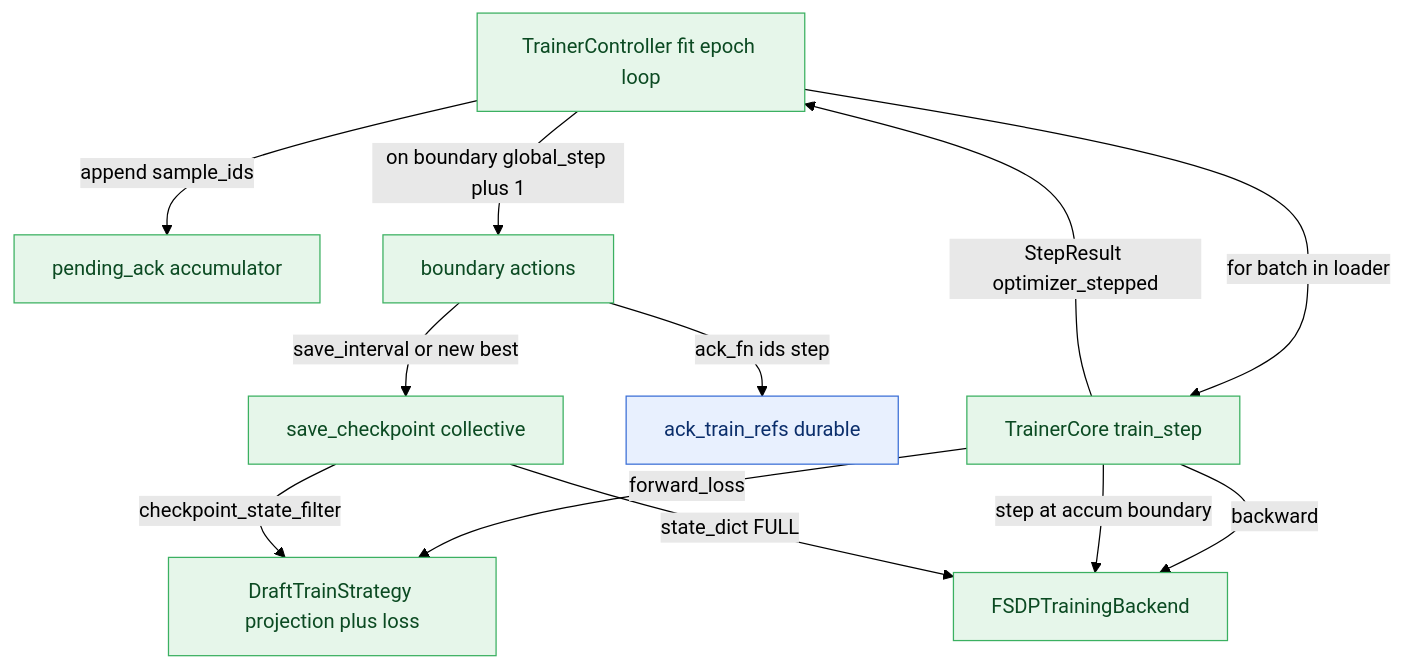
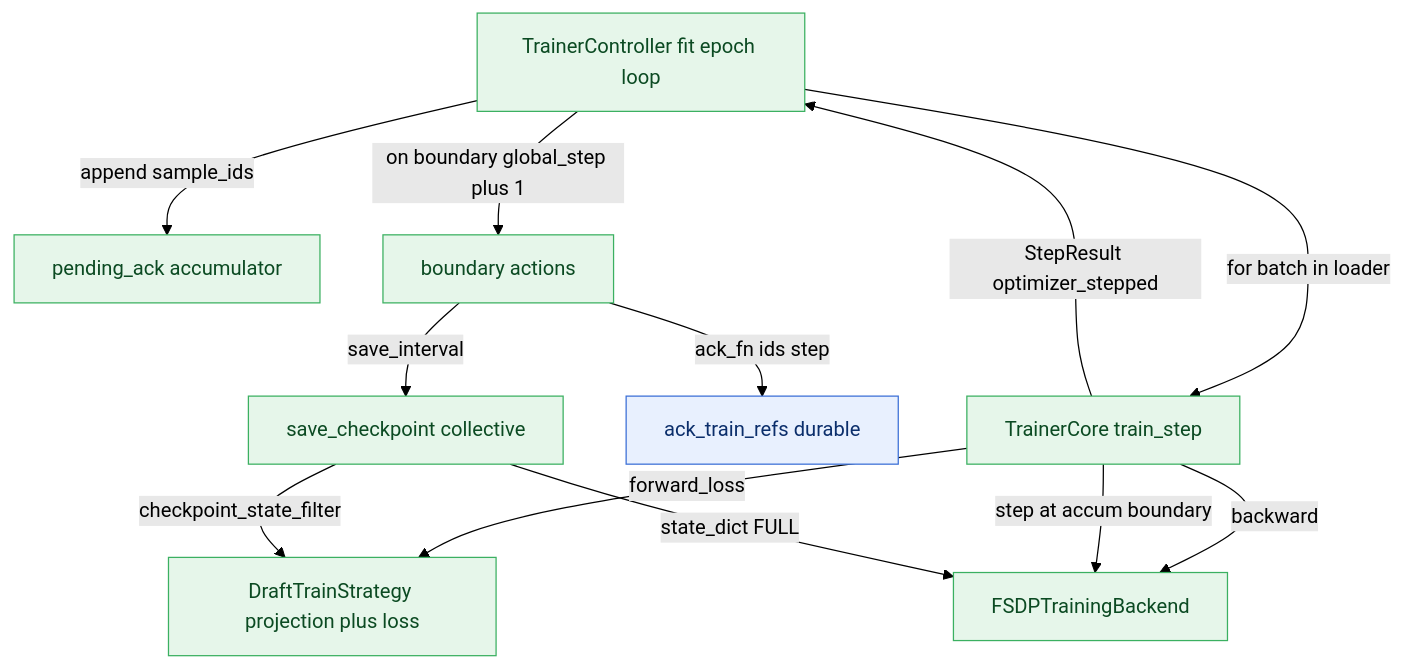
The diagram in specforge/training/DESIGN.md (sgl-project/SpecForge), drawn with Mermaid (forest theme) before and after one commit. The commit also changed other lines of this file and 251 other files, not shown here.

````diff
--- a/specforge/training/DESIGN.md
+++ b/specforge/training/DESIGN.md
@@ -15,20 +15,20 @@
 ```mermaid
 flowchart TD
   classDef compute fill:#e6f6ea,stroke:#3bb061,color:#0b4a22;
   classDef control fill:#e8f0fe,stroke:#3b6fd6,color:#0b2e6b;
 
   FIT[TrainerController fit epoch loop] -->|for batch in loader| TS[TrainerCore train_step]
   FIT -->|append sample_ids| PA[pending_ack accumulator]
   TS -->|forward_loss| ST[DraftTrainStrategy projection plus loss]
   TS -->|backward| BK[FSDPTrainingBackend]
   TS -->|step at accum boundary| BK
   TS -->|StepResult optimizer_stepped| FIT
   FIT -->|on boundary global_step plus 1| BND[boundary actions]
   BND -->|ack_fn ids step| ACK[ack_train_refs durable]
-  BND -->|save_interval or new best| CKPT[save_checkpoint collective]
+  BND -->|save_interval| CKPT[save_checkpoint collective]
   CKPT -->|checkpoint_state_filter| ST
   CKPT -->|state_dict FULL| BK
 
   class FIT,TS,ST,BK,BND,PA,CKPT compute;
   class ACK control;
 ```
````
